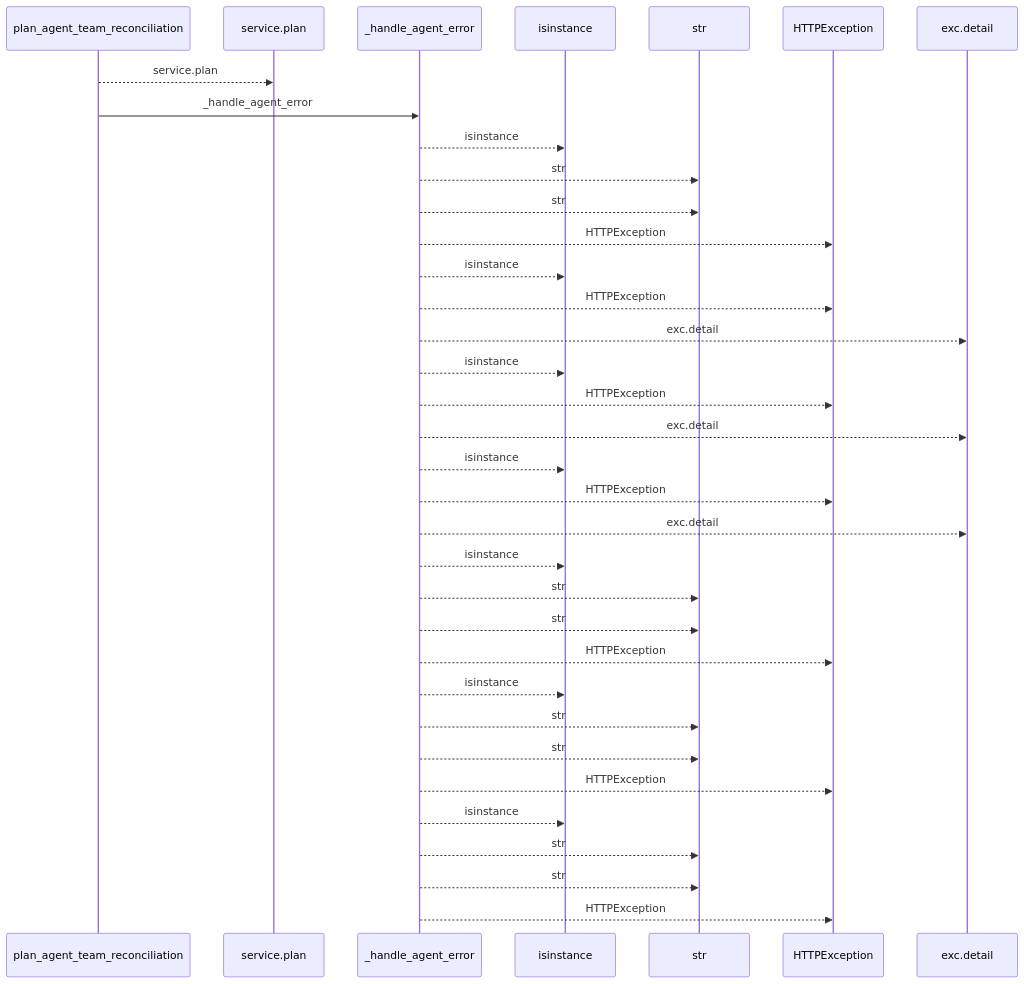
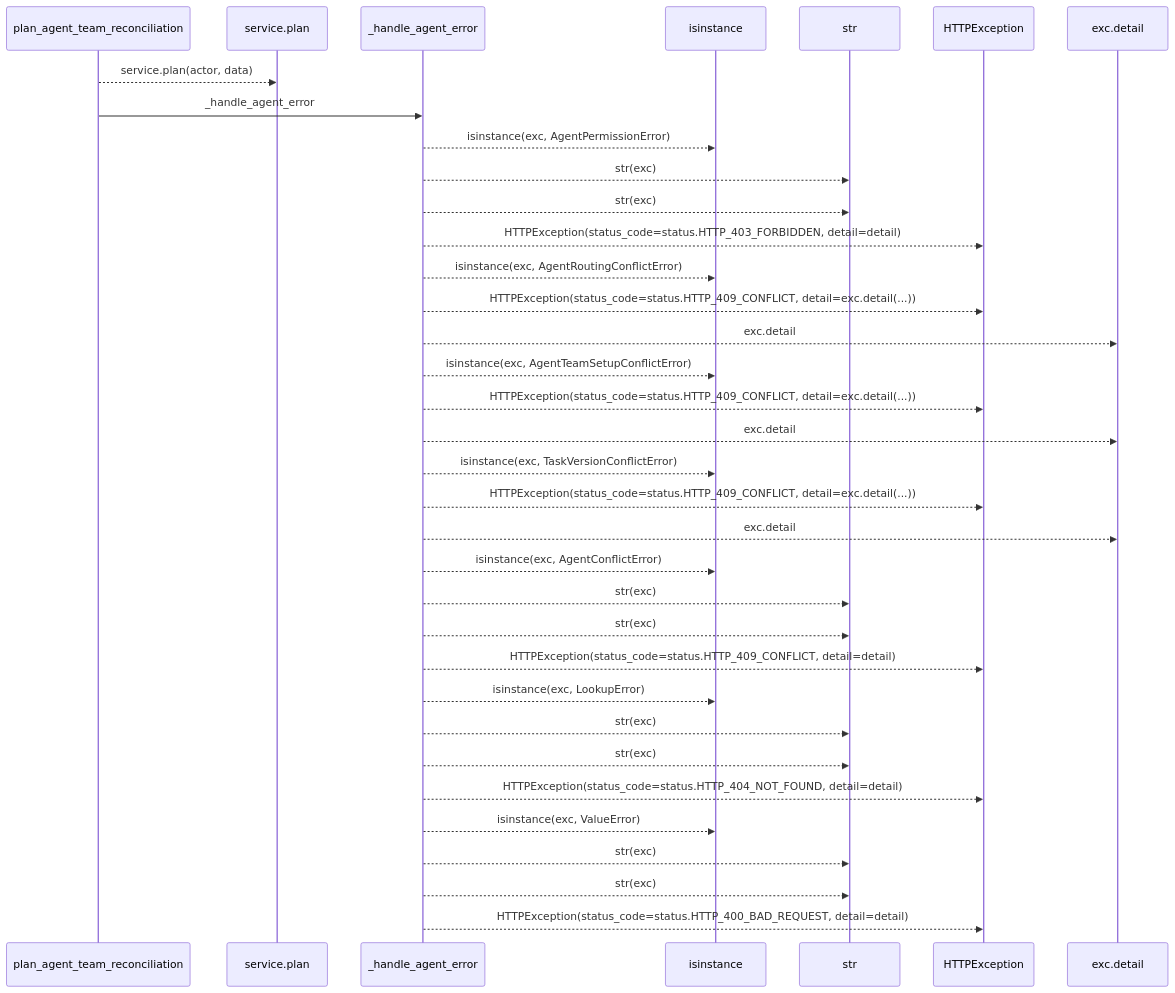
Before and after one commit to Denissvgn/WorkChord: the first of 2 diagrams in docs/llm_wiki/flows/http-plan_agent_team_reconciliation.md, drawn with Mermaid. The commit also changed other lines of this file and 25171 other files, not shown here.

````diff
--- a/docs/llm_wiki/flows/http-plan_agent_team_reconciliation.md
+++ b/docs/llm_wiki/flows/http-plan_agent_team_reconciliation.md
@@ -10,37 +12,37 @@
 ```mermaid
 sequenceDiagram
     participant p0 as plan_agent_team_reconciliation
     participant p1 as service.plan
     participant p2 as _handle_agent_error
     participant p3 as isinstance
     participant p4 as str
     participant p5 as HTTPException
     participant p6 as exc.detail
-    p0-->>p1: service.plan
+    p0-->>p1: service.plan(actor, data)
     p0->>p2: _handle_agent_error
-    p2-->>p3: isinstance
-    p2-->>p4: str
-    p2-->>p4: str
-    p2-->>p5: HTTPException
-    p2-->>p3: isinstance
-    p2-->>p5: HTTPException
+    p2-->>p3: isinstance(exc, AgentPermissionError)
+    p2-->>p4: str(exc)
+    p2-->>p4: str(exc)
+    p2-->>p5: HTTPException(status_code=status.HTTP_403_FORBIDDEN, detail=detail)
+    p2-->>p3: isinstance(exc, AgentRoutingConflictError)
+    p2-->>p5: HTTPException(status_code=status.HTTP_409_CONFLICT, detail=exc.detail(...))
     p2-->>p6: exc.detail
-    p2-->>p3: isinstance
-    p2-->>p5: HTTPException
+    p2-->>p3: isinstance(exc, AgentTeamSetupConflictError)
+    p2-->>p5: HTTPException(status_code=status.HTTP_409_CONFLICT, detail=exc.detail(...))
     p2-->>p6: exc.detail
-    p2-->>p3: isinstance
-    p2-->>p5: HTTPException
+    p2-->>p3: isinstance(exc, TaskVersionConflictError)
+    p2-->>p5: HTTPException(status_code=status.HTTP_409_CONFLICT, detail=exc.detail(...))
     p2-->>p6: exc.detail
-    p2-->>p3: isinstance
-    p2-->>p4: str
-    p2-->>p4: str
-    p2-->>p5: HTTPException
-    p2-->>p3: isinstance
-    p2-->>p4: str
-    p2-->>p4: str
-    p2-->>p5: HTTPException
-    p2-->>p3: isinstance
-    p2-->>p4: str
-    p2-->>p4: str
-    p2-->>p5: HTTPException
+    p2-->>p3: isinstance(exc, AgentConflictError)
+    p2-->>p4: str(exc)
+    p2-->>p4: str(exc)
+    p2-->>p5: HTTPException(status_code=status.HTTP_409_CONFLICT, detail=detail)
+    p2-->>p3: isinstance(exc, LookupError)
+    p2-->>p4: str(exc)
+    p2-->>p4: str(exc)
+    p2-->>p5: HTTPException(status_code=status.HTTP_404_NOT_FOUND, detail=detail)
+    p2-->>p3: isinstance(exc, ValueError)
+    p2-->>p4: str(exc)
+    p2-->>p4: str(exc)
+    p2-->>p5: HTTPException(status_code=status.HTTP_400_BAD_REQUEST, detail=detail)
 ```
````
